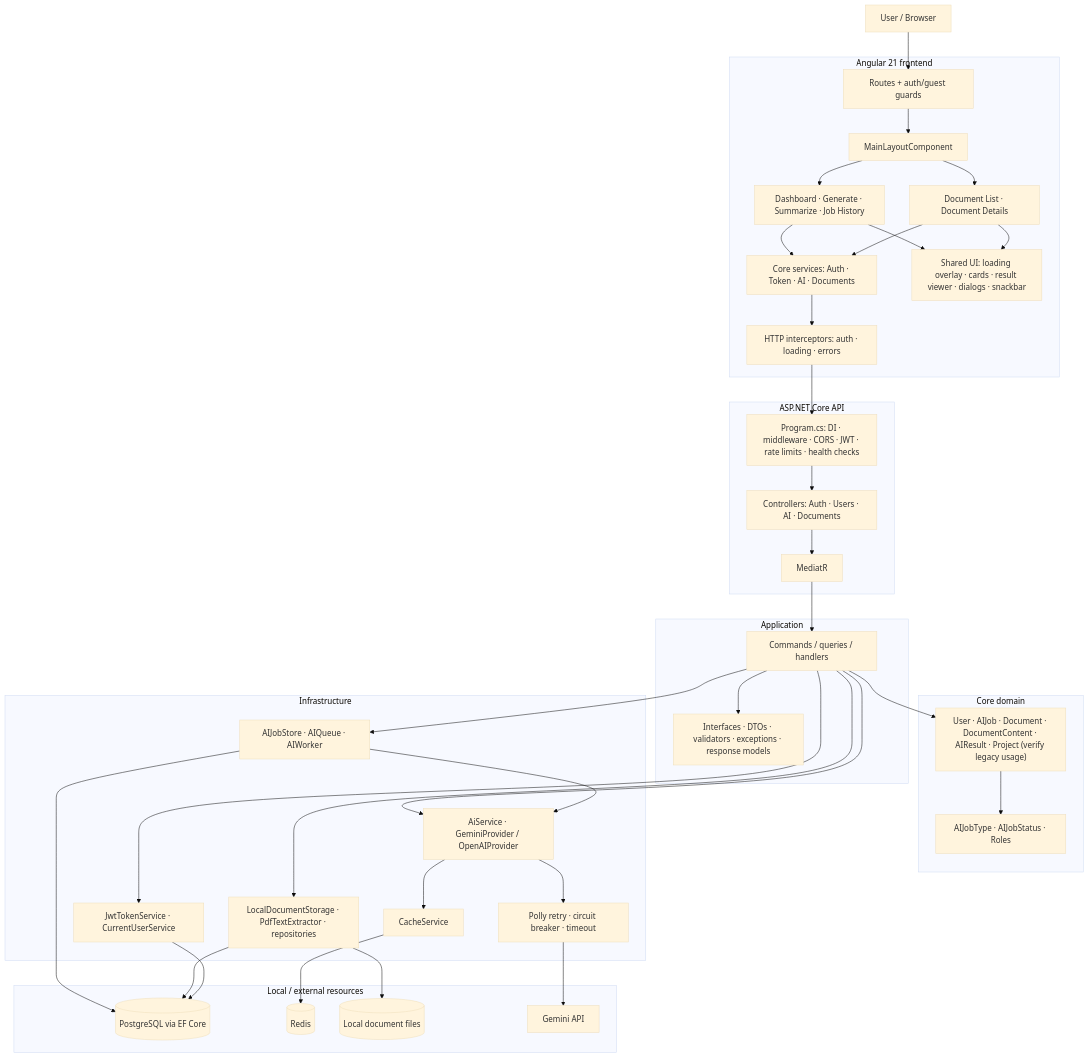
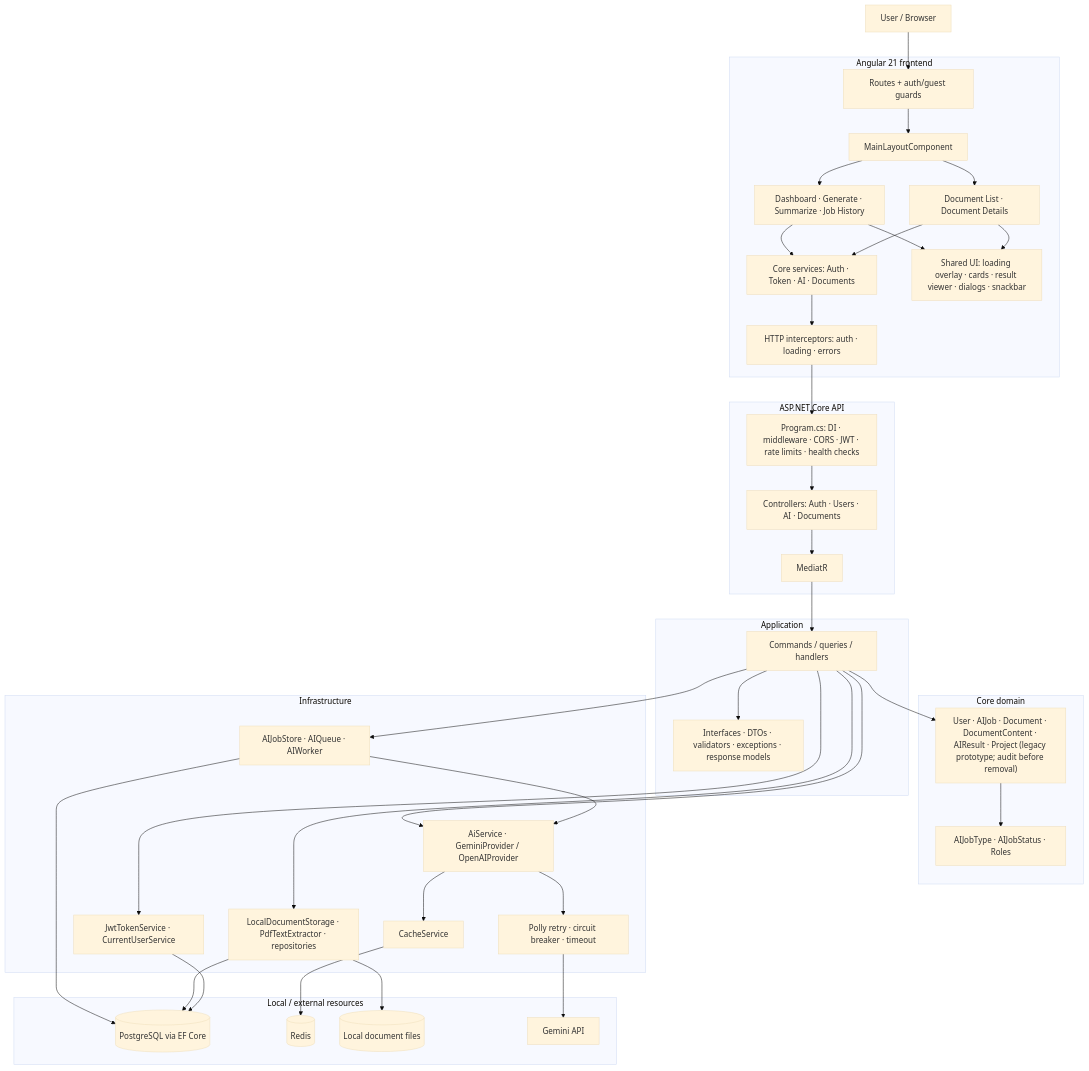
Before and after one commit to Aminafia/Smart-AI-Dashboard: the first of 8 diagrams in docs/ARCHITECTURE_BLUEPRINT.md, drawn with Mermaid (base theme).

Commit message:
Clarify legacy Project status in architecture map

````diff
--- a/docs/ARCHITECTURE_BLUEPRINT.md
+++ b/docs/ARCHITECTURE_BLUEPRINT.md
@@ -27,66 +27,66 @@
 ```mermaid
 flowchart TB
   USER["User / Browser"]
   subgraph FE["Angular 21 frontend"]
     ROUTES["Routes + auth/guest guards"]
     LAYOUT["MainLayoutComponent"]
     PAGES["Dashboard · Generate · Summarize · Job History"]
     DOCUI["Document List · Document Details"]
     SERVICES["Core services: Auth · Token · AI · Documents"]
     HTTP["HTTP interceptors: auth · loading · errors"]
     SHARED["Shared UI: loading overlay · cards · result viewer · dialogs · snackbar"]
     ROUTES --> LAYOUT
     LAYOUT --> PAGES
     LAYOUT --> DOCUI
     PAGES --> SERVICES
     DOCUI --> SERVICES
     PAGES --> SHARED
     DOCUI --> SHARED
     SERVICES --> HTTP
   end
   subgraph API["ASP.NET Core API"]
     PIPE["Program.cs: DI · middleware · CORS · JWT · rate limits · health checks"]
     CTRLS["Controllers: Auth · Users · AI · Documents"]
     MED["MediatR"]
     PIPE --> CTRLS --> MED
   end
   subgraph APP["Application"]
     USECASES["Commands / queries / handlers"]
     PORTS["Interfaces · DTOs · validators · exceptions · response models"]
     MED --> USECASES
     USECASES --> PORTS
   end
   subgraph DOMAIN["Core domain"]
-    ENT["User · AIJob · Document · DocumentContent · AIResult · Project (verify legacy usage)"]
+    ENT["User · AIJob · Document · DocumentContent · AIResult · Project (legacy prototype; audit before removal)"]
     ENUMS["AIJobType · AIJobStatus · Roles"]
     ENT --> ENUMS
   end
   subgraph INFRA["Infrastructure"]
     JOBS["AIJobStore · AIQueue · AIWorker"]
     AISVC["AiService · GeminiProvider / OpenAIProvider"]
     RES["Polly retry · circuit breaker · timeout"]
     CACHE["CacheService"]
     DOCS["LocalDocumentStorage · PdfTextExtractor · repositories"]
     AUTH["JwtTokenService · CurrentUserService"]
   end
   subgraph RESOURCES["Local / external resources"]
     PG[("PostgreSQL via EF Core")]
     REDIS[("Redis")]
     FS[("Local document files")]
     GEMINI["Gemini API"]
   end
   USER --> ROUTES
   HTTP --> PIPE
   USECASES --> ENT
   USECASES --> JOBS
   USECASES --> AISVC
   USECASES --> DOCS
   USECASES --> AUTH
   JOBS --> PG
   JOBS --> AISVC
   AISVC --> CACHE --> REDIS
   AISVC --> RES --> GEMINI
   DOCS --> PG
   DOCS --> FS
   AUTH --> PG
 ```
````
